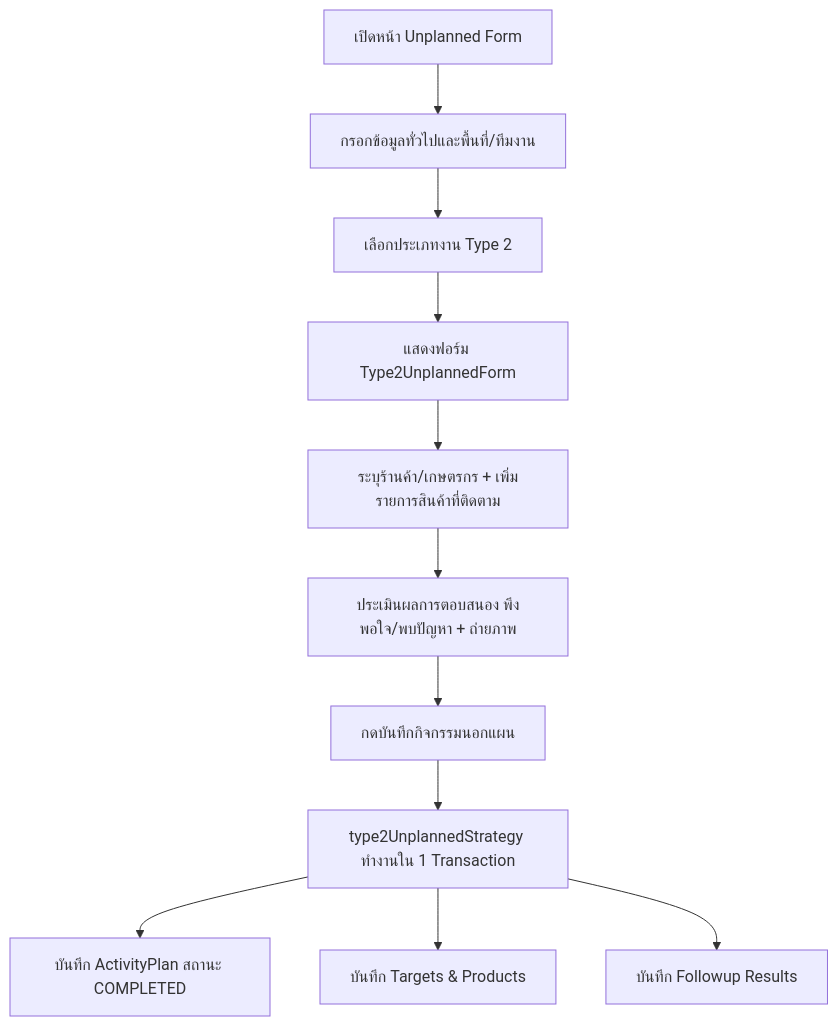
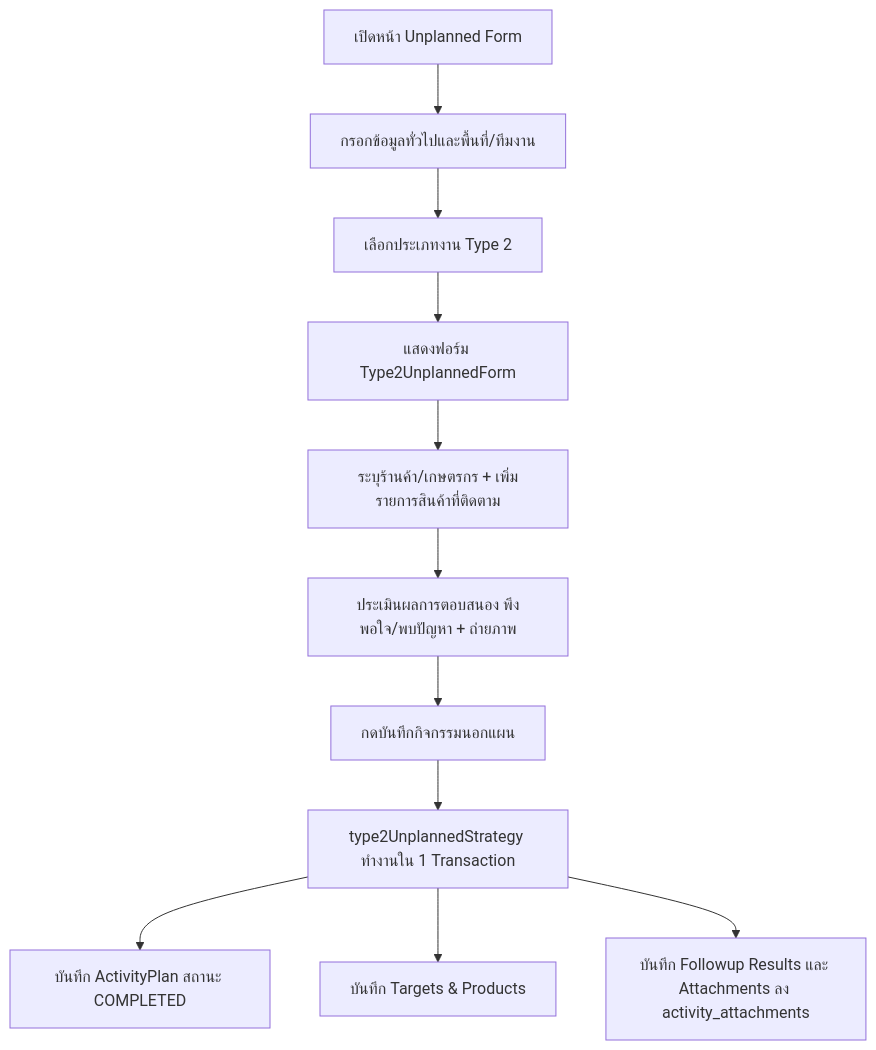
The third of 4 diagrams in modules/activity/features/type-2/README.md (bankhk10/crm-bank), drawn with Mermaid before and after one commit. The commit also changed other lines of this file, not shown here.

````diff
--- a/modules/activity/features/type-2/README.md
+++ b/modules/activity/features/type-2/README.md
@@ -73,13 +73,13 @@
 ```mermaid
 graph TD
     A[เปิดหน้า Unplanned Form] --> B[กรอกข้อมูลทั่วไปและพื้นที่/ทีมงาน]
     B --> C[เลือกประเภทงาน Type 2]
     C --> D[แสดงฟอร์ม Type2UnplannedForm]
     D --> E[ระบุร้านค้า/เกษตรกร + เพิ่มรายการสินค้าที่ติดตาม]
     E --> F[ประเมินผลการตอบสนอง พึงพอใจ/พบปัญหา + ถ่ายภาพ]
     F --> G[กดบันทึกกิจกรรมนอกแผน]
     G --> H[type2UnplannedStrategy ทำงานใน 1 Transaction]
     H --> I[บันทึก ActivityPlan สถานะ COMPLETED]
     H --> J[บันทึก Targets & Products]
-    H --> K[บันทึก Followup Results]
+    H --> K[บันทึก Followup Results และ Attachments ลง activity_attachments]
 ```
````
